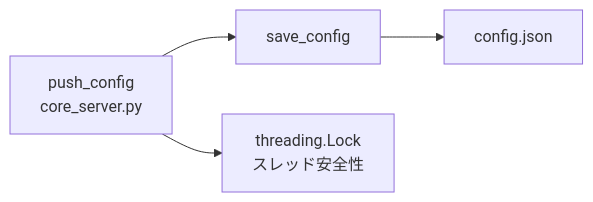
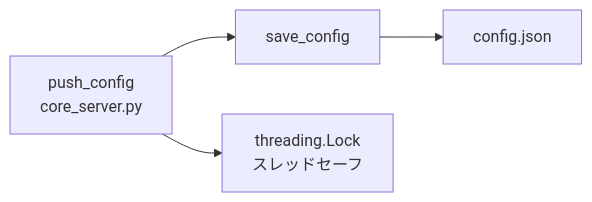
The diagram in docs/ja/src/web/util_config.md (Mr-xiaotian/CelestialFlow), drawn with Mermaid before and after one commit. The commit also changed other lines of this file and 278 other files, not shown here.

````diff
--- a/docs/ja/src/web/util_config.md
+++ b/docs/ja/src/web/util_config.md
@@ -30,6 +30,6 @@
 ```mermaid
 flowchart LR
     A[push_config<br/>core_server.py] --> B[save_config]
     B --> C["config.json"]
-    A --> D[threading.Lock<br/>スレッド安全性]
+    A --> D[threading.Lock<br/>スレッドセーフ]
 ```
````
